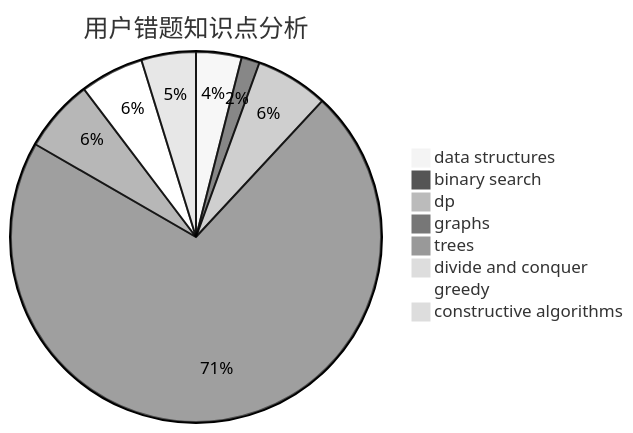
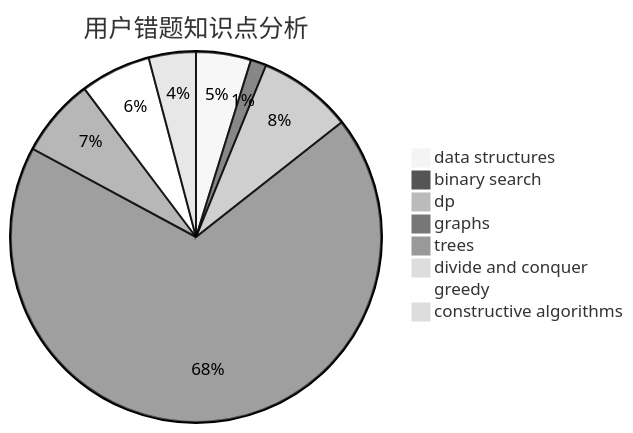
The third of 3 diagrams in docs/user/u2365.md (sherpahu/cfrs.github.io), drawn with Mermaid (neutral theme) before and after one commit. The commit also changed other lines of this file and 2770 other files, not shown here.

````diff
--- a/docs/user/u2365.md
+++ b/docs/user/u2365.md
@@ -36,11 +36,11 @@
 ```mermaid
 pie title 用户错题知识点分析
-    "data structures" :  5
+    "data structures" :  7
     "binary search" :  2
-    "dp" :  8
-    "graphs" :  90
-    "trees" :  8
+    "dp" :  12
+    "graphs" :  100
+    "trees" :  10
     "divide and conquer" :  1
-    "greedy" :  7
+    "greedy" :  9
     "constructive algorithms" :  6
 ```
````
